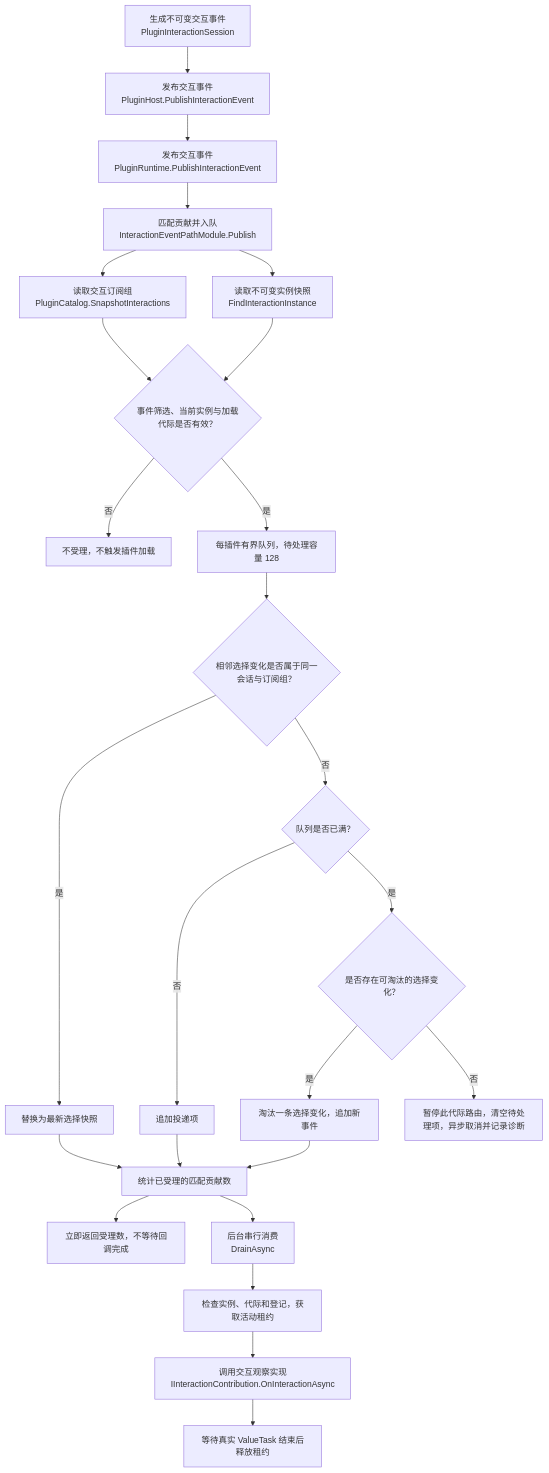
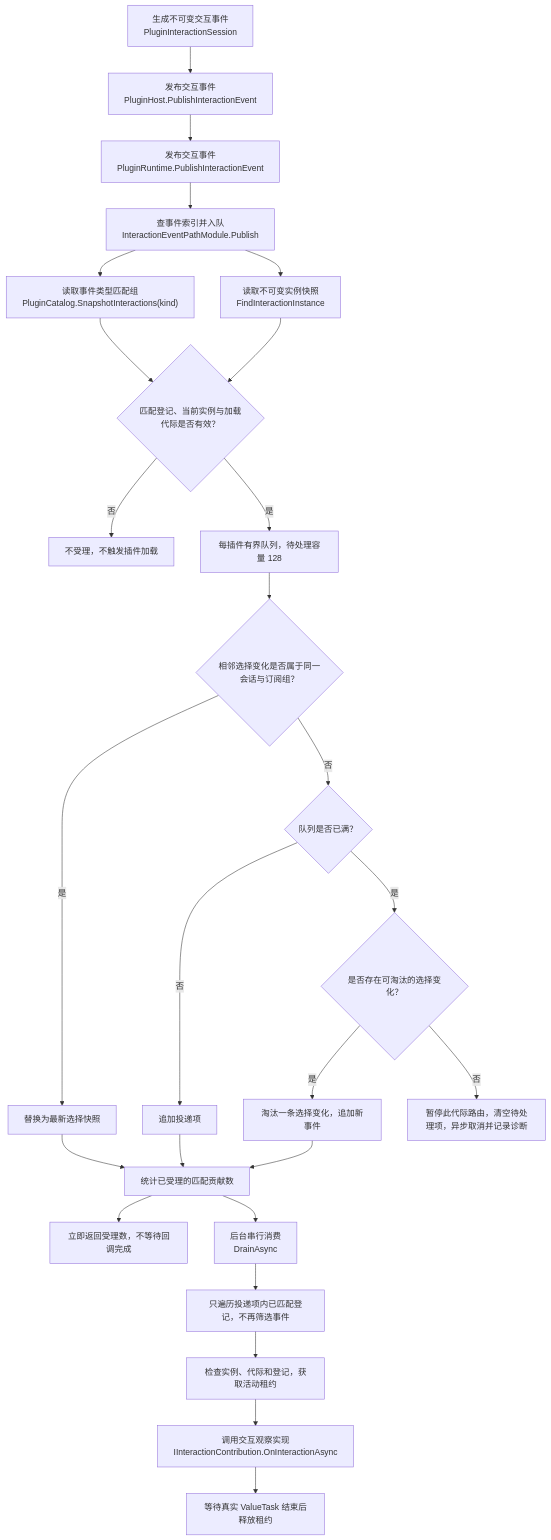
Diagram 11 of 19 in plugin/docs/plugin-system-architecture-map.md (Masskii/StarPie), drawn with Mermaid before and after one commit. The commit also changed other lines of this file and 8 other files, not shown here.

````diff
--- a/plugin/docs/plugin-system-architecture-map.md
+++ b/plugin/docs/plugin-system-architecture-map.md
@@ -842,27 +842,28 @@
 ```mermaid
 flowchart TD
     SRC["生成不可变交互事件<br/>PluginInteractionSession"] --> HOST["发布交互事件<br/>PluginHost.PublishInteractionEvent"]
     HOST --> RT["发布交互事件<br/>PluginRuntime.PublishInteractionEvent"]
-    RT --> PATH["匹配贡献并入队<br/>InteractionEventPathModule.Publish"]
-    PATH --> GROUPS["读取交互订阅组<br/>PluginCatalog.SnapshotInteractions"]
+    RT --> PATH["查事件索引并入队<br/>InteractionEventPathModule.Publish"]
+    PATH --> GROUPS["读取事件类型匹配组<br/>PluginCatalog.SnapshotInteractions(kind)"]
     PATH --> OWNER["读取不可变实例快照<br/>FindInteractionInstance"]
-    GROUPS --> MATCH{"事件筛选、当前实例与加载代际是否有效？"}
+    GROUPS --> MATCH{"匹配登记、当前实例与加载代际是否有效？"}
     OWNER --> MATCH
     MATCH -->|否| ZERO["不受理，不触发插件加载"]
     MATCH -->|是| Q["每插件有界队列，待处理容量 128"]
     Q --> MERGE{"相邻选择变化是否属于同一会话与订阅组？"}
     MERGE -->|是| LATEST["替换为最新选择快照"]
     MERGE -->|否| FULL{"队列是否已满？"}
     FULL -->|否| ADD["追加投递项"]
     FULL -->|是| REPLACE{"是否存在可淘汰的选择变化？"}
     REPLACE -->|是| EVICT["淘汰一条选择变化，追加新事件"]
     REPLACE -->|否| SUSPEND["暂停此代际路由，清空待处理项，异步取消并记录诊断"]
     LATEST --> ACCEPT["统计已受理的匹配贡献数"]
     ADD --> ACCEPT
     EVICT --> ACCEPT
     ACCEPT --> RETURN["立即返回受理数，不等待回调完成"]
     ACCEPT --> DRAIN["后台串行消费<br/>DrainAsync"]
-    DRAIN --> LEASE["检查实例、代际和登记，获取活动租约"]
+    DRAIN --> RECEIVERS["只遍历投递项内已匹配登记，不再筛选事件"]
+    RECEIVERS --> LEASE["检查实例、代际和登记，获取活动租约"]
     LEASE --> CALLBACK["调用交互观察实现<br/>IInteractionContribution.OnInteractionAsync"]
     CALLBACK --> REALEND["等待真实 ValueTask 结束后释放租约"]
 ```
````
